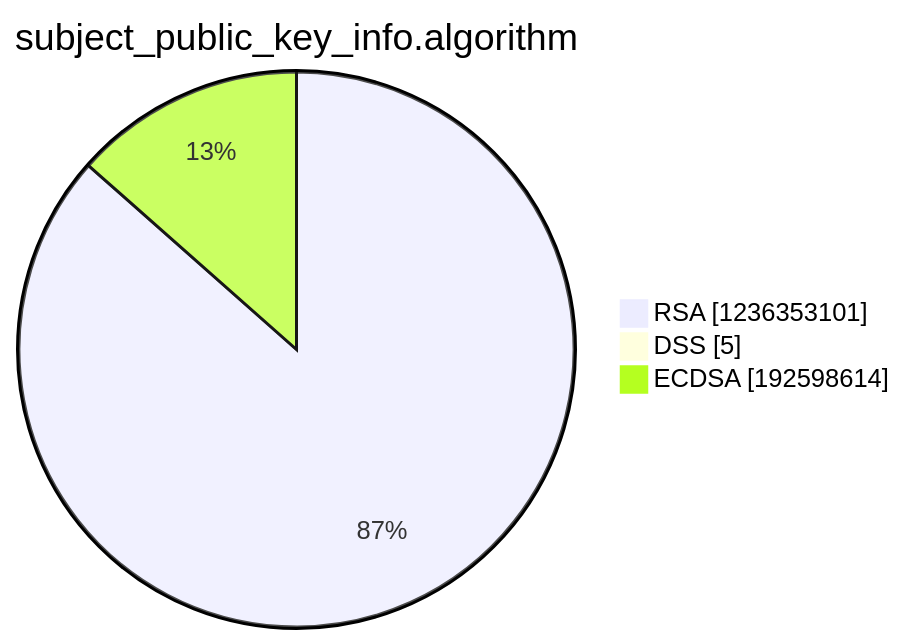
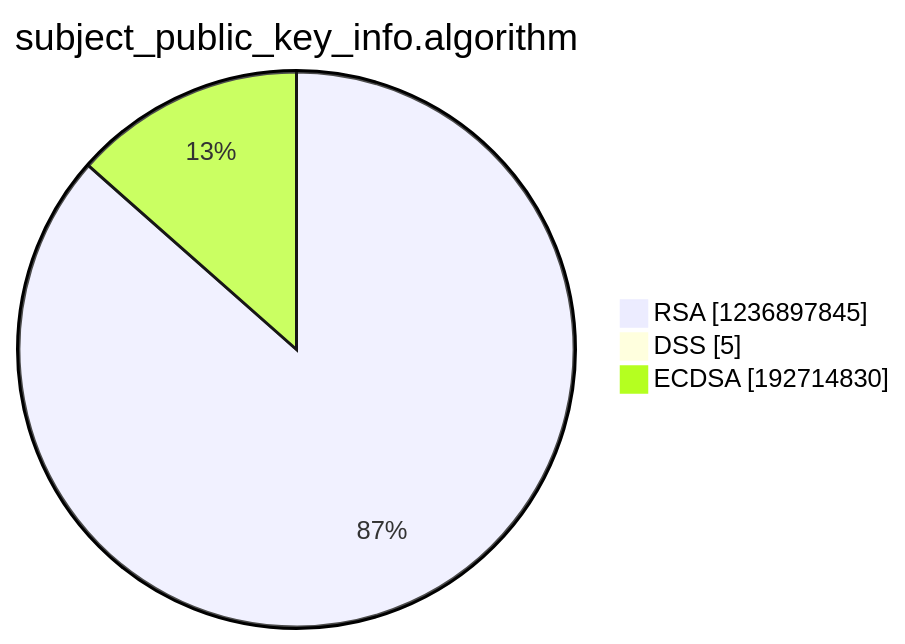
One commit to christiankrug/ctmonitor_visualization changed the third of 15 diagrams in argon2022/README.md. Above: the diagram before and after it, drawn with Mermaid. The commit also changed other lines of this file, not shown here.

````diff
--- a/argon2022/README.md
+++ b/argon2022/README.md
@@ -14,7 +14,7 @@
 ```mermaid
 pie showData
 title subject_public_key_info.algorithm
-"RSA" :1236353101
+"RSA" :1236897845
 "DSS" :5
-"ECDSA" :192598614
+"ECDSA" :192714830
 ```
````
